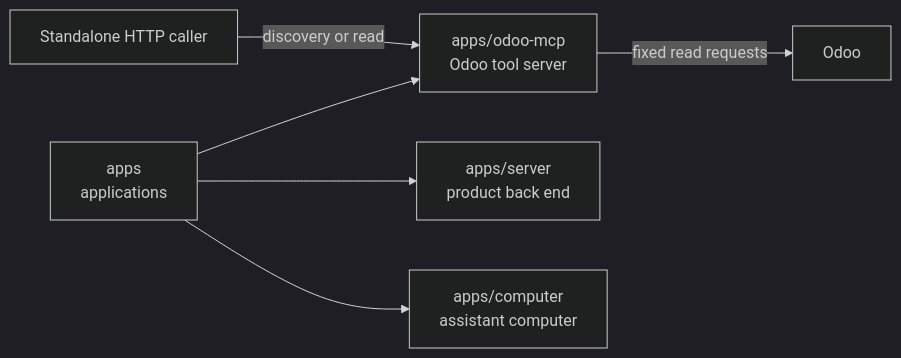
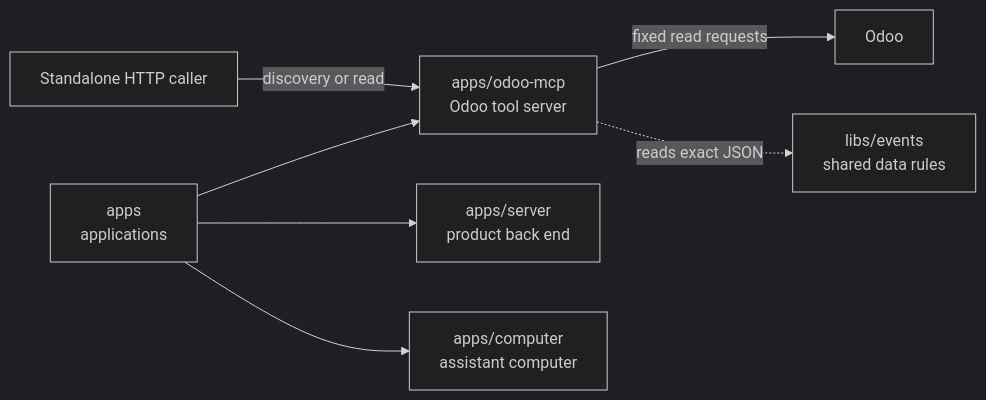
The diagram in apps/odoo-mcp/README.md (elewa-git/opencrane-new), drawn with Mermaid (dark theme) before and after one commit. The commit also changed other lines of this file and 58 other files, not shown here.

````diff
--- a/apps/odoo-mcp/README.md
+++ b/apps/odoo-mcp/README.md
@@ -17,8 +17,9 @@
 ```mermaid
 flowchart LR
   apps["apps<br/>applications"] --> adapter["apps/odoo-mcp<br/>Odoo tool server"]
   apps --> server["apps/server<br/>product back end"]
   apps --> computer["apps/computer<br/>assistant computer"]
   caller["Standalone HTTP caller"] -->|discovery or read| adapter
   adapter -->|fixed read requests| odoo["Odoo"]
+  adapter -.->|reads exact JSON| events["libs/events<br/>shared data rules"]
 ```
````
